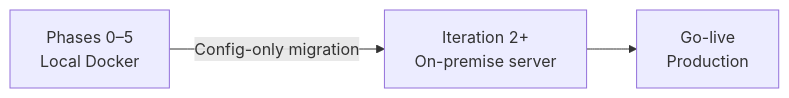
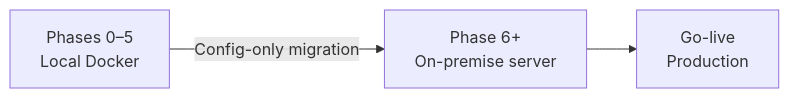
The second of 2 diagrams in implementations/implementationPlan.md (SAPCyTI-UAM-I/Docs), drawn with Mermaid before and after one commit. The commit also changed other lines of this file and 10 other files, not shown here.

````diff
--- a/implementations/implementationPlan.md
+++ b/implementations/implementationPlan.md
@@ -125,5 +129,5 @@
 ```mermaid
 graph LR
-    L["Phases 0–5<br/>Local Docker"] -->|"Config-only migration"| D["Iteration 2+<br/>On-premise server"]
+    L["Phases 0–5<br/>Local Docker"] -->|"Config-only migration"| D["Phase 6+<br/>On-premise server"]
     D --> P["Go-live<br/>Production"]
 ```
````
